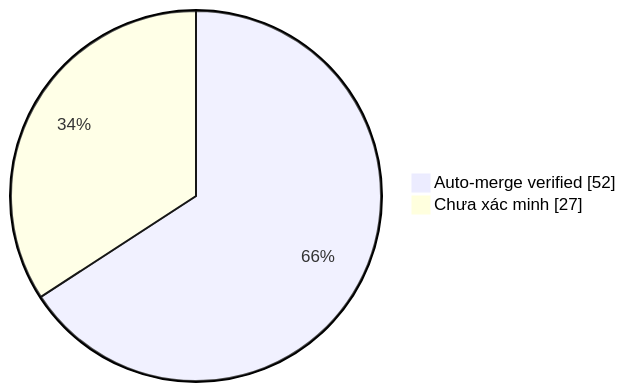
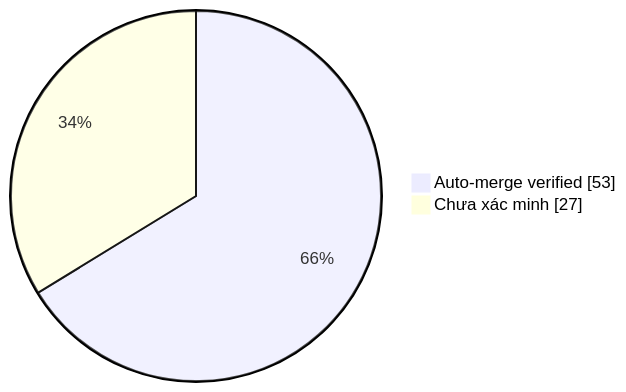
The diagram in collector.md (duykhang68/tetdinhmuiblog), drawn with Mermaid before and after one commit. The commit also changed other lines of this file and 1 other file, not shown here.

Commit message:
docs(collector): update auto-merge evidence dashboard

````diff
--- a/collector.md
+++ b/collector.md
@@ -22,5 +22,5 @@
 ```mermaid
 pie showData
-    "Auto-merge verified" : 52
+    "Auto-merge verified" : 53
     "Chưa xác minh" : 27
 ```
````
